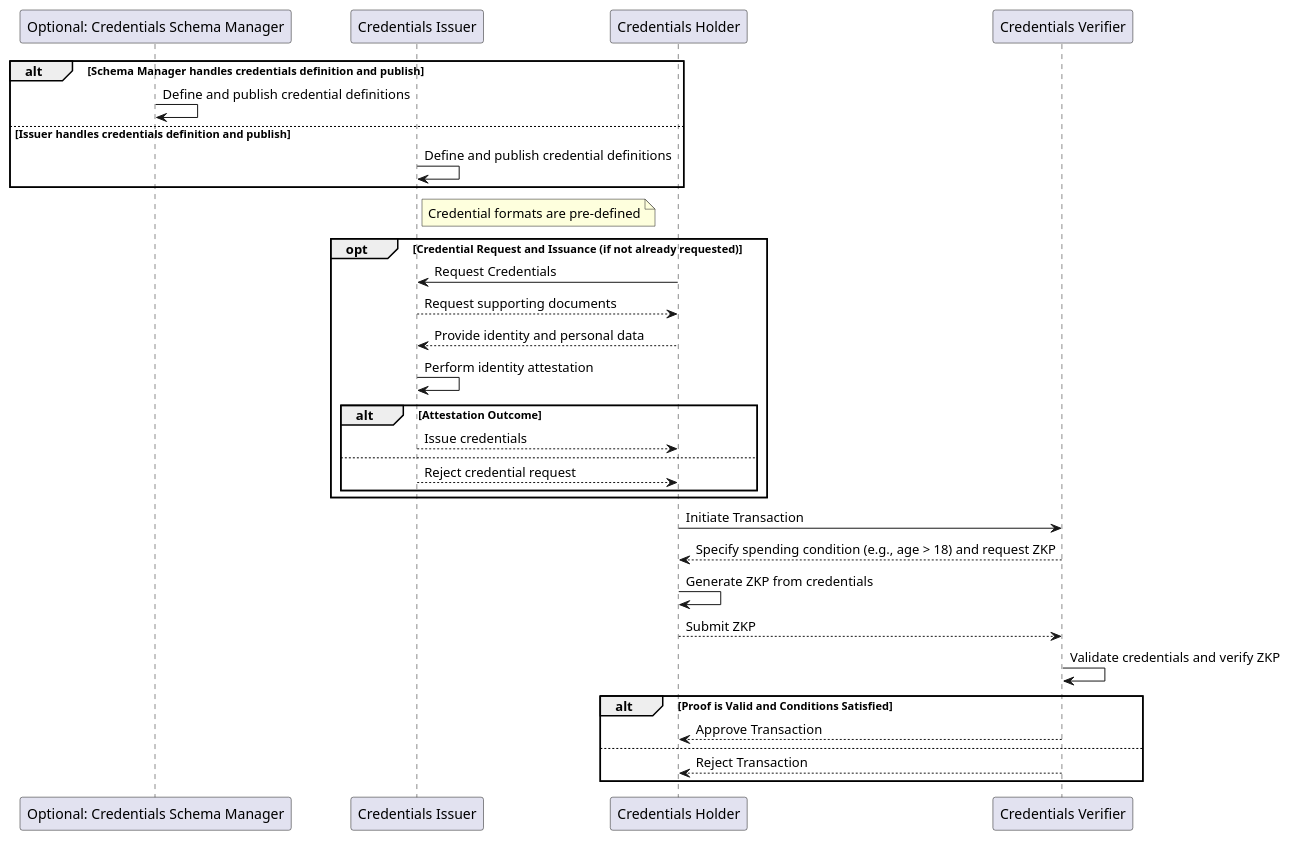
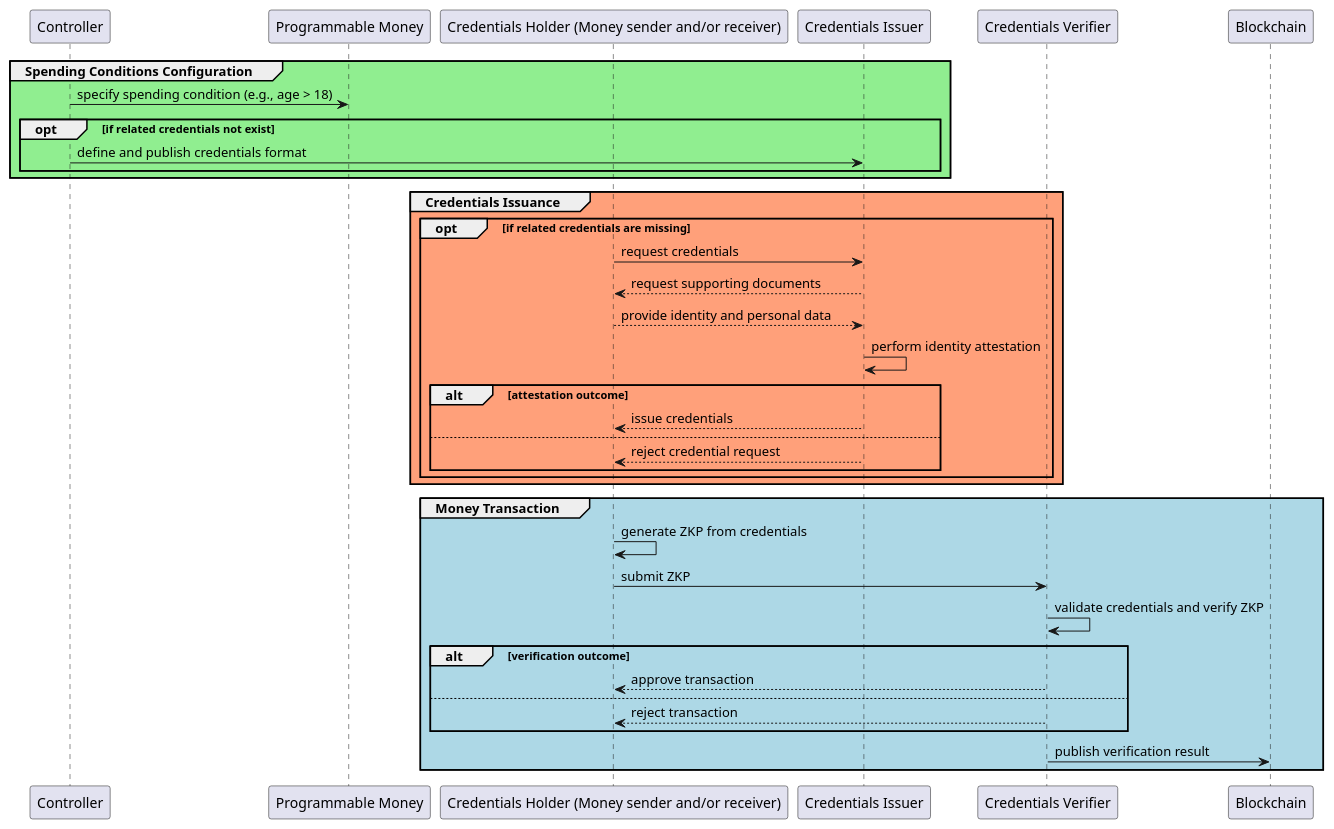
Before and after one commit to joeywwong/pm-zkp: the diagram in docs/sequence_diagram.puml, drawn with PlantUML.

Commit message:
docs: update sequence diagram
with the controller to configure spending conditions

```diff
--- a/docs/sequence_diagram.puml
+++ b/docs/sequence_diagram.puml
@@ -1,43 +1,48 @@
 @startuml
-participant "Optional: Credentials Schema Manager" as SchemaManager
+
+participant "Controller" as Controller
+participant "Programmable Money" as Money
+participant "Credentials Holder (Money sender and/or receiver)" as User
 participant "Credentials Issuer" as Issuer
-participant "Credentials Holder" as User
 participant "Credentials Verifier" as Verifier
+participant "Blockchain" as Blockchain
 
-' --- Credential Creation and Upload Phase ---
-alt Schema Manager handles credentials definition and publish
-    SchemaManager -> SchemaManager: Define and publish credential definitions
-else Issuer handles credentials definition and publish
-    Issuer -> Issuer: Define and publish credential definitions
-end
-
-note right of Issuer: Credential formats are pre-defined
-
-' --- Optional Credential Request and Issuance Phase ---
-opt Credential Request and Issuance (if not already requested)
-    User -> Issuer: Request Credentials
-    Issuer --> User: Request supporting documents
-    User --> Issuer: Provide identity and personal data
-    Issuer -> Issuer: Perform identity attestation
-    alt Attestation Outcome
-        Issuer --> User: Issue credentials
-    else
-        Issuer --> User: Reject credential request
+' --- Configure spending conditions of the money ---
+group #lightgreen Spending Conditions Configuration
+    Controller -> Money: specify spending condition (e.g., age > 18)
+    opt if related credentials not exist
+        Controller -> Issuer: define and publish credentials format
     end
 end
 
-' --- Transaction Initiation Phase ---
-User -> Verifier: Initiate Transaction
-Verifier --> User: Specify spending condition (e.g., age > 18) and request ZKP
-User -> User: Generate ZKP from credentials
-User --> Verifier: Submit ZKP
+group #lightsalmon Credentials Issuance
+    opt if related credentials are missing
+        ' --- Credential Request and Issuance Phase ---
+        User -> Issuer: request credentials
+        Issuer --> User: request supporting documents
+        User --> Issuer: provide identity and personal data
+        Issuer -> Issuer: perform identity attestation
+        alt attestation outcome
+            Issuer --> User: issue credentials
+        else
+            Issuer --> User: reject credential request
+        end
+    end
+end
 
-' --- Proof Verification and Decision ---
-Verifier -> Verifier: Validate credentials and verify ZKP
-alt Proof is Valid and Conditions Satisfied
-    Verifier --> User: Approve Transaction
-else
-    Verifier --> User: Reject Transaction
+' --- Transaction Phase ---
+group #lightblue Money Transaction
+    User -> User: generate ZKP from credentials
+    User -> Verifier: submit ZKP
+
+    ' --- Proof Verification and Decision ---
+    Verifier -> Verifier: validate credentials and verify ZKP
+    alt verification outcome
+        Verifier --> User: approve transaction
+    else
+        Verifier --> User: reject transaction
+    end
+    Verifier -> Blockchain: publish verification result
 end
 
 @enduml
```
